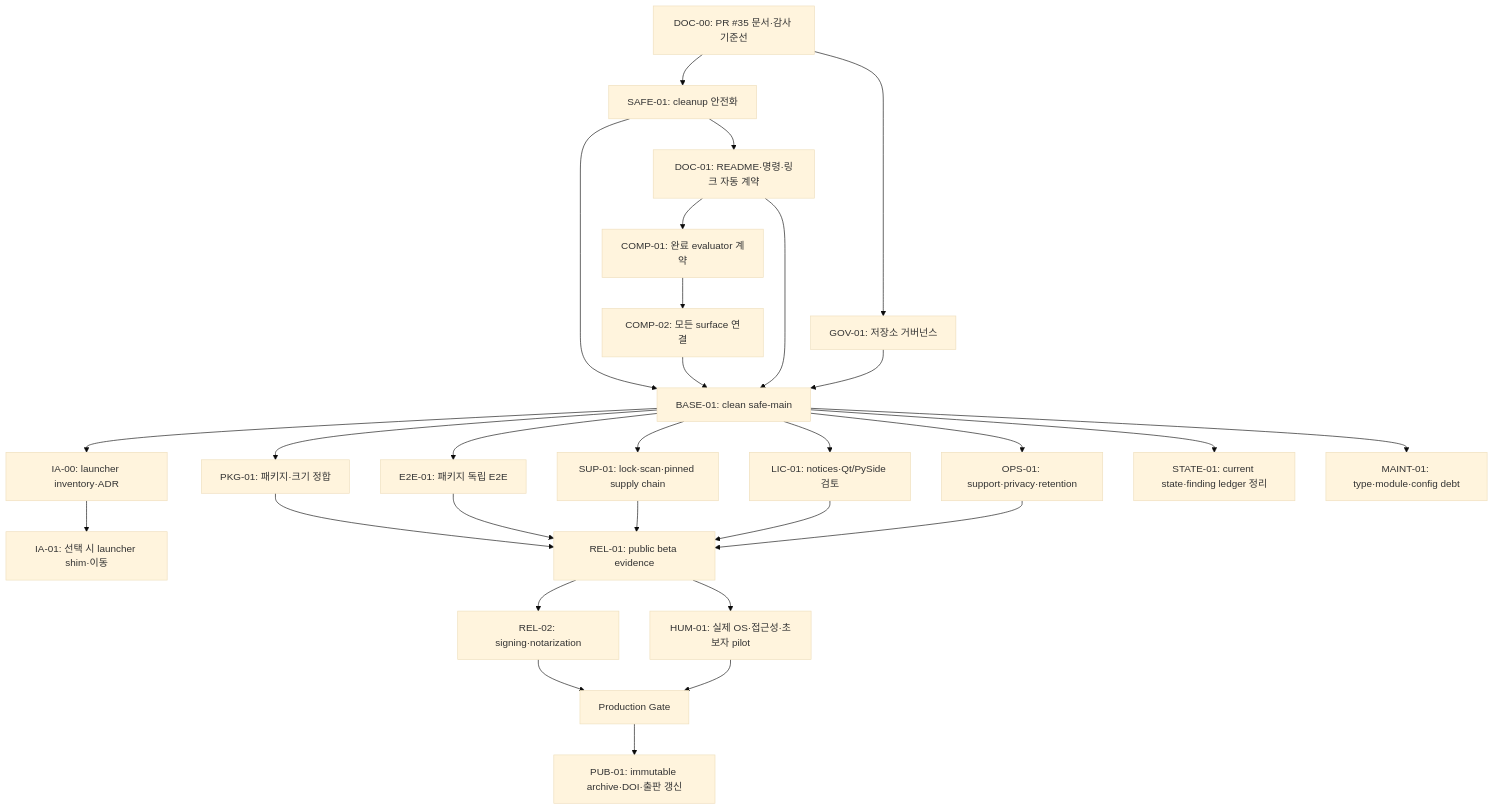
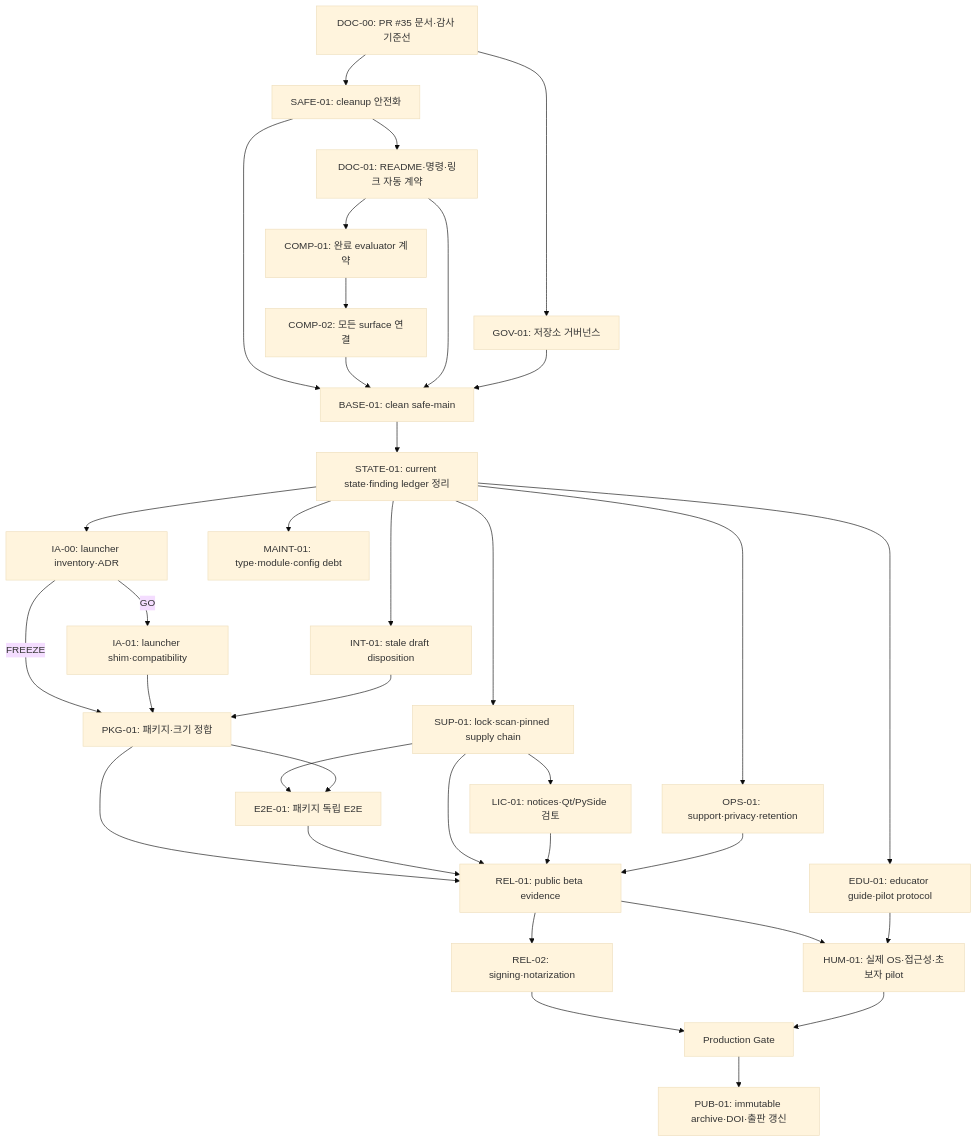
Before and after one commit to ycpiglet/manipulator-control-tutorial: the diagram in .agents/READINESS_EXECUTION_PLAN.md, drawn with Mermaid (base theme). The commit also changed other lines of this file and 4 other files, not shown here.

````diff
--- a/.agents/READINESS_EXECUTION_PLAN.md
+++ b/.agents/READINESS_EXECUTION_PLAN.md
@@ -267,31 +276,37 @@
 ```mermaid
 flowchart TD
     D[DOC-00: PR #35 문서·감사 기준선] --> S1[SAFE-01: cleanup 안전화]
     S1 --> DC[DOC-01: README·명령·링크 자동 계약]
     DC --> C1[COMP-01: 완료 evaluator 계약]
     C1 --> C2[COMP-02: 모든 surface 연결]
     D --> G[GOV-01: 저장소 거버넌스]
     S1 --> B[BASE-01: clean safe-main]
     C2 --> B
     DC --> B
     G --> B
-    B --> P[PKG-01: 패키지·크기 정합]
-    B --> E[E2E-01: 패키지 독립 E2E]
-    B --> C[SUP-01: lock·scan·pinned supply chain]
-    B --> L[LIC-01: notices·Qt/PySide 검토]
-    B --> O[OPS-01: support·privacy·retention]
-    B --> I0[IA-00: launcher inventory·ADR]
-    I0 --> I[IA-01: 선택 시 launcher shim·이동]
     B --> ST[STATE-01: current state·finding ledger 정리]
+    ST --> I0[IA-00: launcher inventory·ADR]
+    I0 -->|GO| I[IA-01: launcher shim·compatibility]
+    I0 -->|FREEZE| P[PKG-01: 패키지·크기 정합]
+    I --> P
+    ST --> N[INT-01: stale draft disposition]
+    N --> P
+    ST --> C[SUP-01: lock·scan·pinned supply chain]
+    C --> L[LIC-01: notices·Qt/PySide 검토]
+    C --> E[E2E-01: 패키지 독립 E2E]
+    P --> E
+    ST --> O[OPS-01: support·privacy·retention]
+    ST --> ED[EDU-01: educator guide·pilot protocol]
     P --> PB[REL-01: public beta evidence]
     E --> PB
     C --> PB
     L --> PB
     O --> PB
     PB --> SGN[REL-02: signing·notarization]
     PB --> H[HUM-01: 실제 OS·접근성·초보자 pilot]
+    ED --> H
     SGN --> PROD[Production Gate]
     H --> PROD
     PROD --> PUB[PUB-01: immutable archive·DOI·출판 갱신]
-    B --> M[MAINT-01: type·module·config debt]
+    ST --> M[MAINT-01: type·module·config debt]
 ```
````
